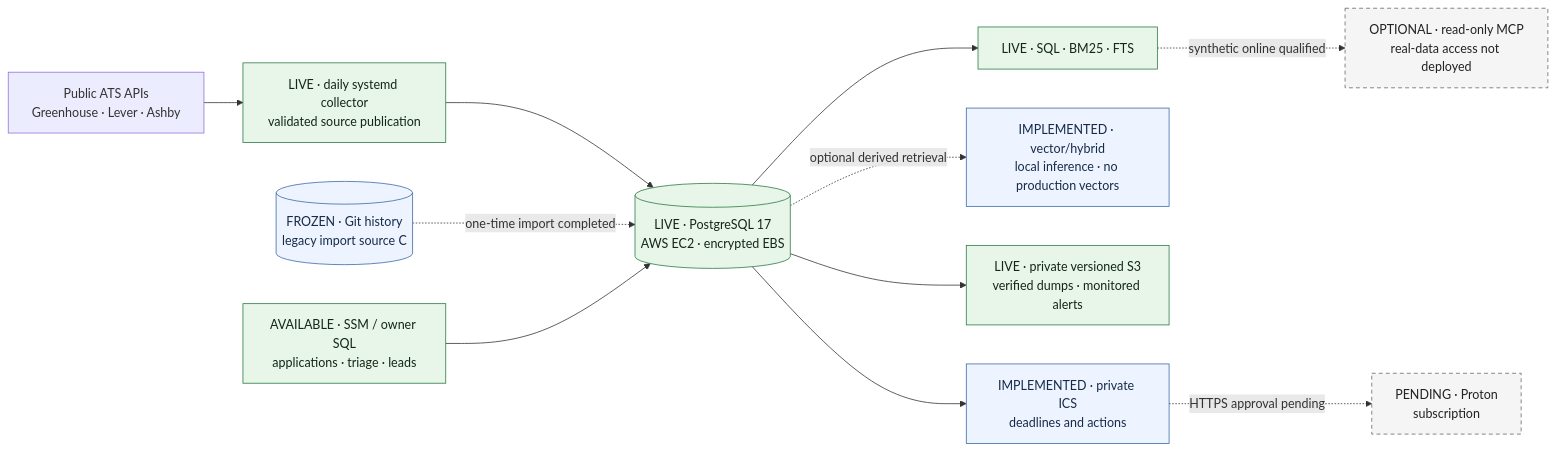
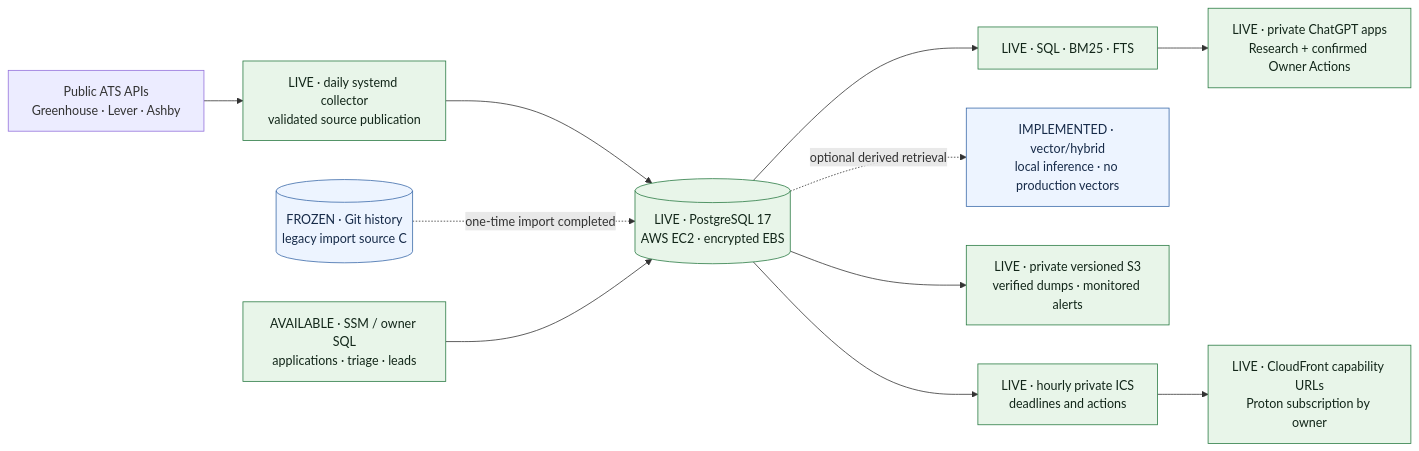
The diagram in README.md (keremnv/grad-job-tracker), drawn with Mermaid before and after one commit. The commit also changed other lines of this file and 10 other files, not shown here.

````diff
--- a/README.md
+++ b/README.md
@@ -40,21 +40,20 @@
 ```mermaid
 flowchart LR
     ATS["Public ATS APIs<br/>Greenhouse · Lever · Ashby"]
     ATS --> PUBLISH["LIVE · daily systemd collector<br/>validated source publication"]
     PUBLISH --> PG[("LIVE · PostgreSQL 17<br/>AWS EC2 · encrypted EBS")]
     FILES[("FROZEN · Git history<br/>legacy import source C")] -. "one-time import completed" .-> PG
     OWNER["AVAILABLE · SSM / owner SQL<br/>applications · triage · leads"] --> PG
     PG --> RESEARCH["LIVE · SQL · BM25 · FTS"]
     PG -. "optional derived retrieval" .-> VECTOR["IMPLEMENTED · vector/hybrid<br/>local inference · no production vectors"]
-    RESEARCH -. "synthetic online qualified" .-> MCP["OPTIONAL · read-only MCP<br/>real-data access not deployed"]
+    RESEARCH --> MCP["LIVE · private ChatGPT apps<br/>Research + confirmed Owner Actions"]
     PG --> BACKUP["LIVE · private versioned S3<br/>verified dumps · monitored alerts"]
-    PG --> ICS["IMPLEMENTED · private ICS<br/>deadlines and actions"]
-    ICS -. "HTTPS approval pending" .-> PROTON["PENDING · Proton<br/>subscription"]
+    PG --> ICS["LIVE · hourly private ICS<br/>deadlines and actions"]
+    ICS --> PROTON["LIVE · CloudFront capability URLs<br/>Proton subscription by owner"]
 
     classDef live fill:#e8f5e9,stroke:#287a42,color:#122619
     classDef qualified fill:#edf4ff,stroke:#3868a8,color:#172b49
     classDef pending fill:#f5f5f5,stroke:#666,color:#222,stroke-dasharray:5 4
-    class PG,OWNER,RESEARCH,PUBLISH,BACKUP live
-    class FILES,ICS,VECTOR qualified
-    class MCP,PROTON pending
+    class PG,OWNER,RESEARCH,PUBLISH,BACKUP,MCP,ICS,PROTON live
+    class FILES,VECTOR qualified
 ```
````
